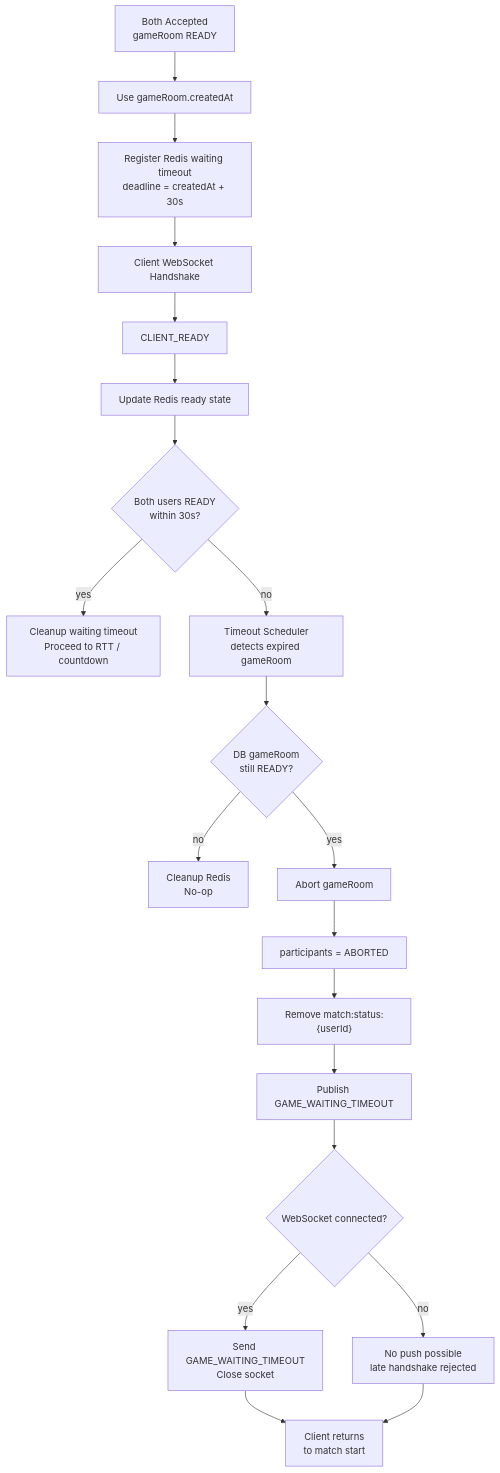
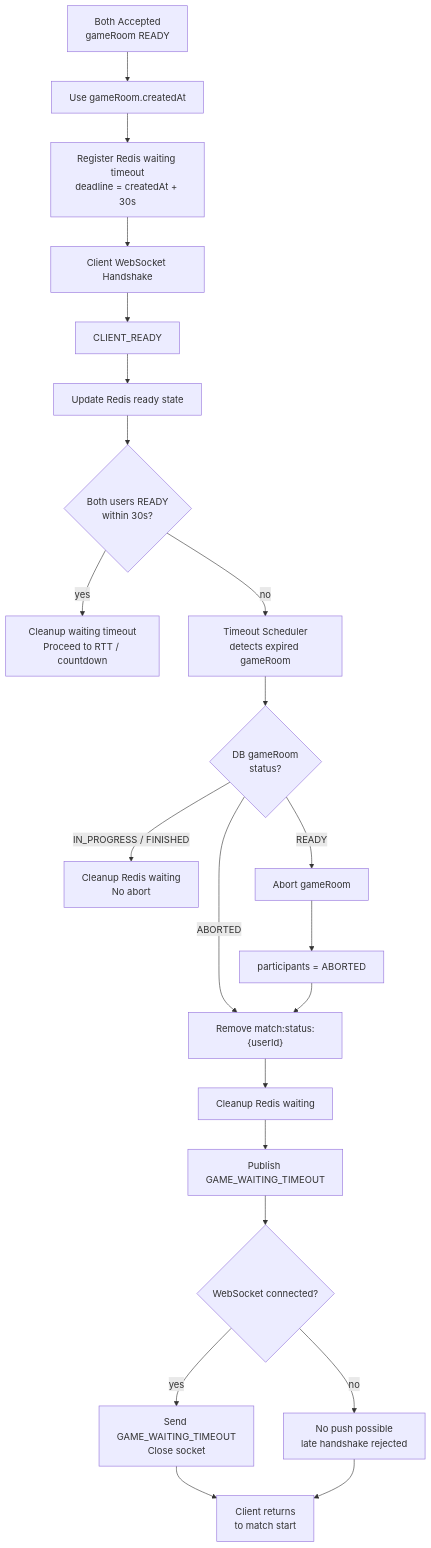
The diagram in docs/antigravity/backend/issue-42-game-waiting-websocket-timeout.md (moonwhistle/League-of-Star), drawn with Mermaid before and after one commit. The commit also changed other lines of this file and 4 other files, not shown here.

Commit message:
feat: user match status 정리 로직 구현

````diff
--- a/docs/antigravity/backend/issue-42-game-waiting-websocket-timeout.md
+++ b/docs/antigravity/backend/issue-42-game-waiting-websocket-timeout.md
@@ -19,27 +19,29 @@
 ```mermaid
 flowchart TD
     A["Both Accepted<br/>gameRoom READY"] --> B["Use gameRoom.createdAt"]
     B --> C["Register Redis waiting timeout<br/>deadline = createdAt + 30s"]
 
     C --> D["Client WebSocket Handshake"]
     D --> E["CLIENT_READY"]
     E --> F["Update Redis ready state"]
 
     F --> G{"Both users READY<br/>within 30s?"}
     G -->|"yes"| H["Cleanup waiting timeout<br/>Proceed to RTT / countdown"]
     G -->|"no"| I["Timeout Scheduler<br/>detects expired gameRoom"]
 
-    I --> J{"DB gameRoom<br/>still READY?"}
-    J -->|"no"| K["Cleanup Redis<br/>No-op"]
-    J -->|"yes"| L["Abort gameRoom"]
+    I --> J{"DB gameRoom<br/>status?"}
+    J -->|"IN_PROGRESS / FINISHED"| K["Cleanup Redis waiting<br/>No abort"]
+    J -->|"READY"| L["Abort gameRoom"]
+    J -->|"ABORTED"| N["Remove match:status:{userId}"]
     L --> M["participants = ABORTED"]
     M --> N["Remove match:status:{userId}"]
-    N --> O["Publish GAME_WAITING_TIMEOUT"]
+    N --> O["Cleanup Redis waiting"]
+    O --> P["Publish GAME_WAITING_TIMEOUT"]
 
-    O --> P{"WebSocket connected?"}
-    P -->|"yes"| Q["Send GAME_WAITING_TIMEOUT<br/>Close socket"]
-    P -->|"no"| R["No push possible<br/>late handshake rejected"]
+    P --> Q{"WebSocket connected?"}
+    Q -->|"yes"| R["Send GAME_WAITING_TIMEOUT<br/>Close socket"]
+    Q -->|"no"| S["No push possible<br/>late handshake rejected"]
 
-    Q --> S["Client returns<br/>to match start"]
-    R --> S
+    R --> T["Client returns<br/>to match start"]
+    S --> T
 ```
````
